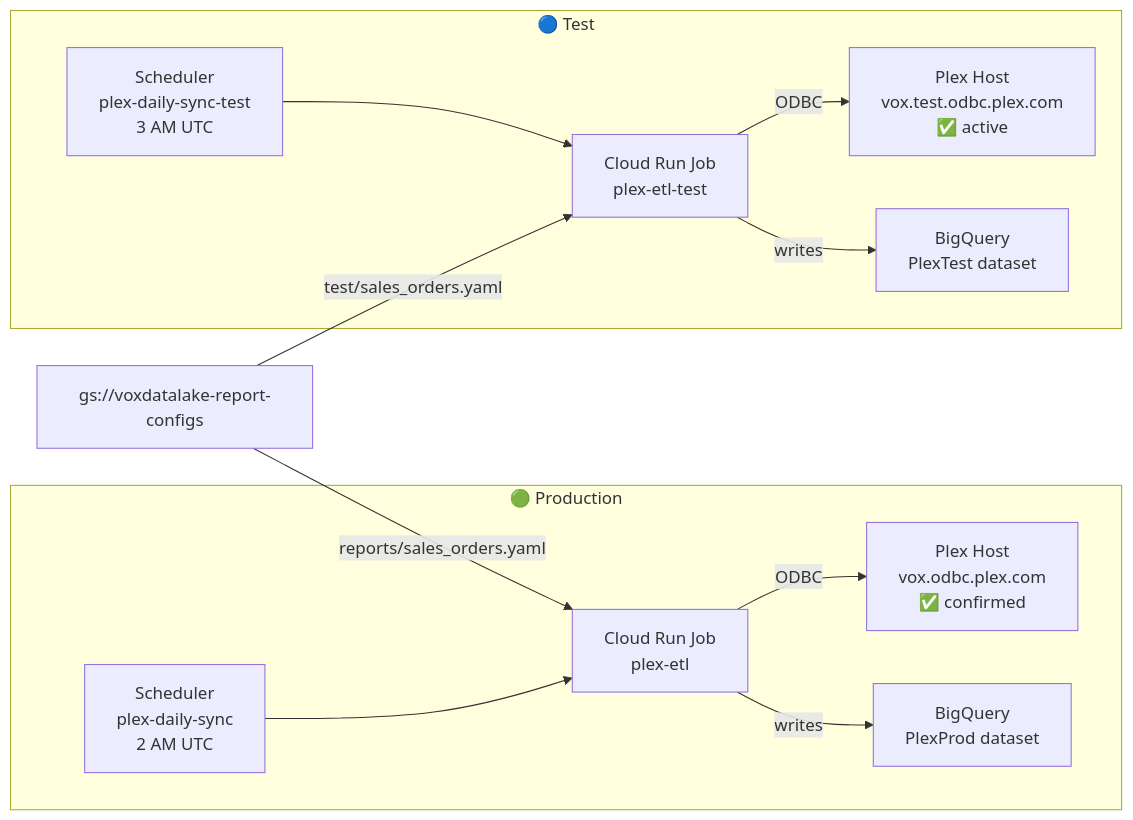
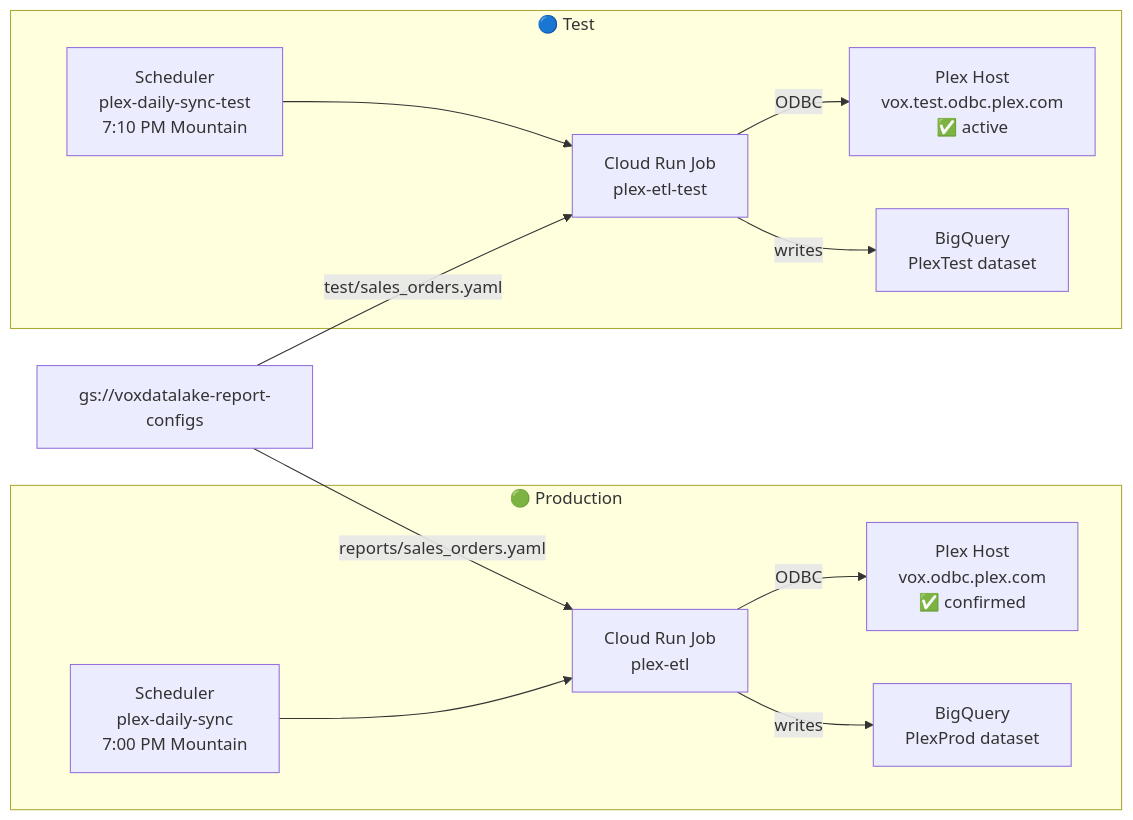
The second of 3 diagrams in docs/CHEATSHEET.md (Parasol-Group-Inc/plex-to-big-query), drawn with Mermaid before and after one commit. The commit also changed other lines of this file and 24 other files, not shown here.

````diff
--- a/docs/CHEATSHEET.md
+++ b/docs/CHEATSHEET.md
@@ -76,27 +76,27 @@
 ```mermaid
 graph LR
     GCS["gs://voxdatalake-report-configs"]
 
     subgraph PROD["🟢 Production"]
         PJ["Cloud Run Job\nplex-etl"]
-        PS["Scheduler\nplex-daily-sync\n2 AM UTC"]
+        PS["Scheduler\nplex-daily-sync\n7:00 PM Mountain"]
         PH["Plex Host\nvox.odbc.plex.com\n✅ confirmed"]
         PD["BigQuery\nPlexProd dataset"]
         PS --> PJ
         PJ -->|ODBC| PH
         PJ -->|writes| PD
     end
 
     subgraph TEST["🔵 Test"]
         TJ["Cloud Run Job\nplex-etl-test"]
-        TS["Scheduler\nplex-daily-sync-test\n3 AM UTC"]
+        TS["Scheduler\nplex-daily-sync-test\n7:10 PM Mountain"]
         TH["Plex Host\nvox.test.odbc.plex.com\n✅ active"]
         TD["BigQuery\nPlexTest dataset"]
         TS --> TJ
         TJ -->|ODBC| TH
         TJ -->|writes| TD
     end
 
     GCS -->|"reports/sales_orders.yaml"| PJ
     GCS -->|"test/sales_orders.yaml"| TJ
 ```
````
